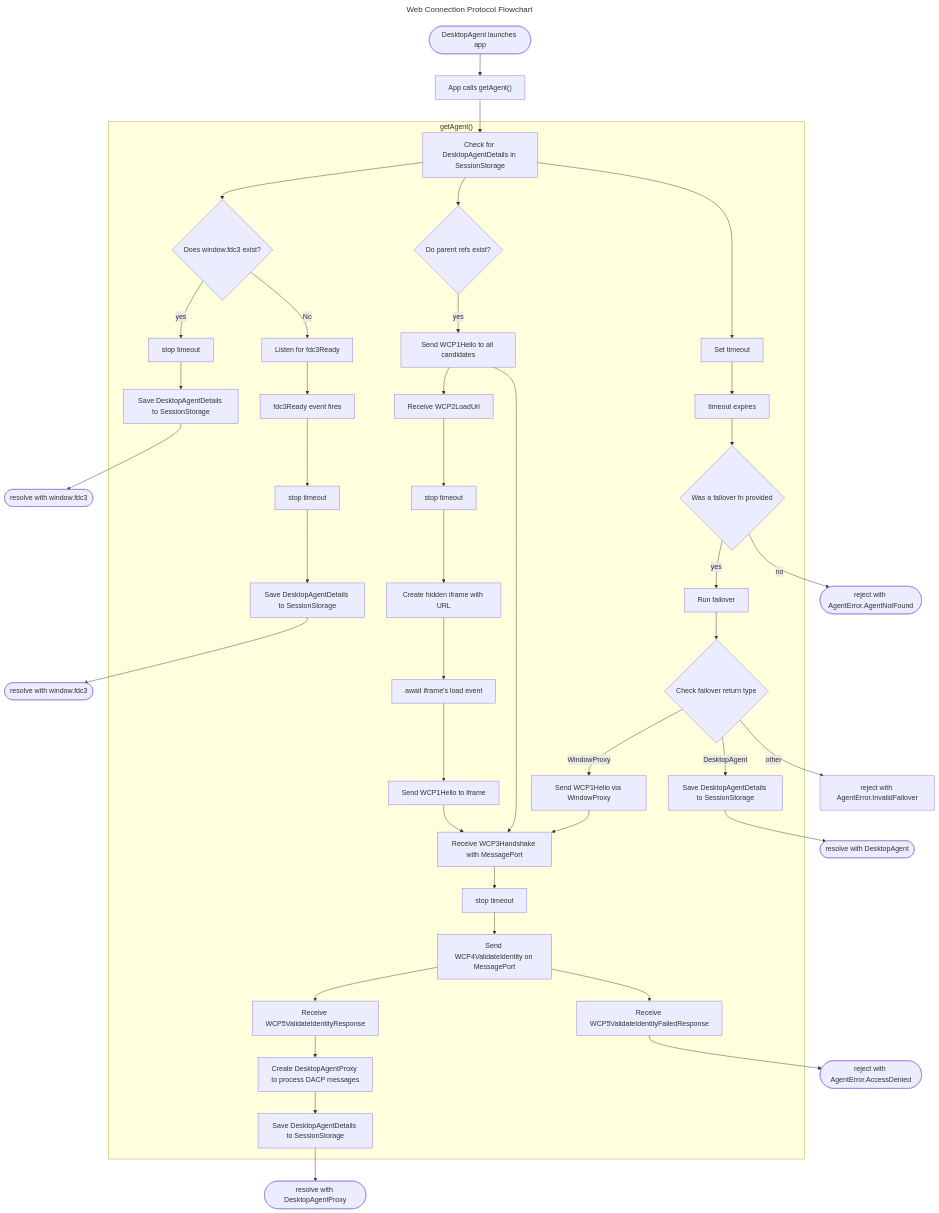
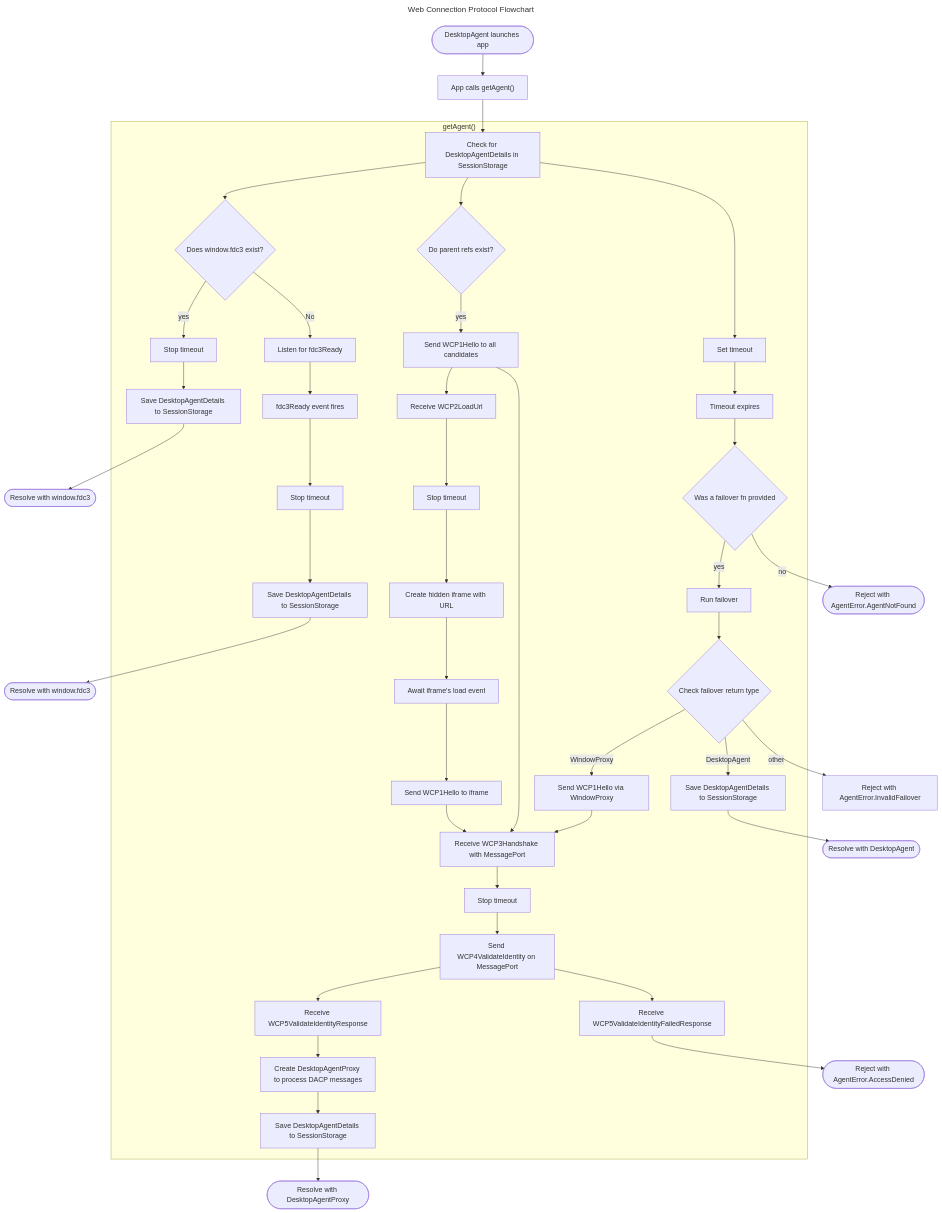
The first of 2 diagrams in docs/api/specs/webConnectionProtocol.md (finos/FDC3), drawn with Mermaid before and after one commit.

Commit message:
Capitalization in flow chart

````diff
--- a/docs/api/specs/webConnectionProtocol.md
+++ b/docs/api/specs/webConnectionProtocol.md
@@ -303,50 +303,50 @@
 ```mermaid
 ---
 title: "Web Connection Protocol Flowchart" 
 ---
 flowchart TB
     A1([DesktopAgent launches app]) --> A2["App calls getAgent()"]
     A2 --> A3
 
     subgraph getAgent ["getAgent()"]
       A3["Check for DesktopAgentDetails in SessionStorage"] --> P1{"Does window.fdc3 exist?"}
-      P1 -->|yes|P2["stop timeout"]
+      P1 -->|yes|P2["Stop timeout"]
       P2 --> P21["Save DesktopAgentDetails to SessionStorage"]
       P1 -->|No|P3["Listen for fdc3Ready"]
       P3 --> P31["fdc3Ready event fires"]
-      P31 --> P32["stop timeout"]
+      P31 --> P32["Stop timeout"]
       P32 --> P33["Save DesktopAgentDetails to SessionStorage"]
       
       A3 --> B1{"Do parent refs exist?"}
       B1 -->|yes|B11["Send WCP1Hello to all candidates"]
       B11 --> B2["Receive WCP2LoadUrl"]
-      B2 --> B21["stop timeout"]
+      B2 --> B21["Stop timeout"]
       B21 --> B22["Create hidden iframe with URL"]
-      B22 --> B23["await iframe's load event"]
+      B22 --> B23["Await iframe's load event"]
       B23 --> B24["Send WCP1Hello to iframe"]
       B24 --> B3["Receive WCP3Handshake with MessagePort"]
-      B3 --> B31["stop timeout"]
+      B3 --> B31["Stop timeout"]
       B11 --> B3
       B31 --> B32["Send WCP4ValidateIdentity on MessagePort"]
       B32 --> B321["Receive WCP5ValidateIdentityResponse"]
       B321 --> B3211["Create DesktopAgentProxy to process DACP messages"]
       B3211 --> B3212["Save DesktopAgentDetails to SessionStorage"]
       B32 --> B322["Receive WCP5ValidateIdentityFailedResponse"]
       
       A3 --> T1["Set timeout"]
-      T1 --> T2["timeout expires"]
+      T1 --> T2["Timeout expires"]
       T2 --> T3{"Was a failover fn provided"}
       T3 -->|yes|T31["Run failover"]
       T31 --> T311{"Check failover return type"}
       T311 -->|WindowProxy|T3111["Send WCP1Hello via WindowProxy"]
       T311 -->|DesktopAgent|T3112["Save DesktopAgentDetails to SessionStorage"]
       T3111 --> B3
     end
-    P21 -->P22(["resolve with window.fdc3"])
-    P33 -->P34(["resolve with window.fdc3"])
-    B3212 --> B3213(["resolve with DesktopAgentProxy"])
-    B322 --> B3221(["reject with AgentError.AccessDenied"])
-    T3112 --> T31121(["resolve with DesktopAgent"])
-    T3 -->|no|T32(["reject with AgentError.AgentNotFound"])
-    T311 -->|other|T3113["reject with AgentError.InvalidFailover"]
+    P21 -->P22(["Resolve with window.fdc3"])
+    P33 -->P34(["Resolve with window.fdc3"])
+    B3212 --> B3213(["Resolve with DesktopAgentProxy"])
+    B322 --> B3221(["Reject with AgentError.AccessDenied"])
+    T3112 --> T31121(["Resolve with DesktopAgent"])
+    T3 -->|no|T32(["Reject with AgentError.AgentNotFound"])
+    T311 -->|other|T3113["Reject with AgentError.InvalidFailover"]
 ```
````
